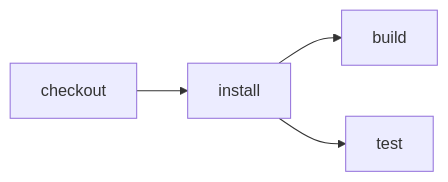
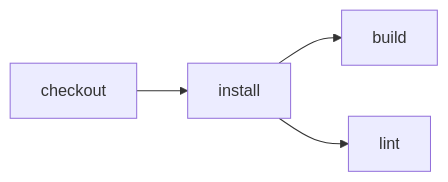
One commit to ericclemmons/effect-ci-testbed changed the diagram in examples/demo/README.md. Above: the diagram before and after it, drawn with Mermaid. The commit also changed other lines of this file and 8 other files, not shown here.

````diff
--- a/examples/demo/README.md
+++ b/examples/demo/README.md
@@ -95,10 +84,10 @@
 ```mermaid
 flowchart LR
   step_checkout["checkout"]
   step_install["install"]
   step_build["build"]
-  step_test["test"]
+  step_lint["lint"]
   step_checkout --> step_install
   step_install --> step_build
-  step_install --> step_test
+  step_install --> step_lint
 ```
````
